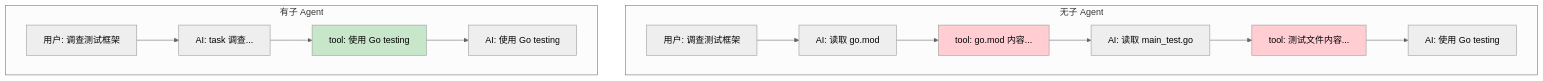
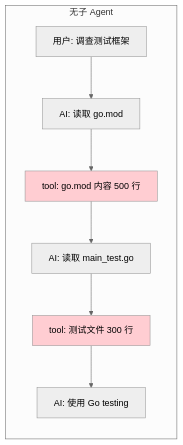
The second of 13 diagrams in docs/source-analysis/04-subagent.md (friendlyhank/copilot), drawn with Mermaid (neutral theme) before and after one commit. The commit also changed other lines of this file and 4 other files, not shown here.

````diff
--- a/docs/source-analysis/04-subagent.md
+++ b/docs/source-analysis/04-subagent.md
@@ -433,24 +37,16 @@
 ```mermaid
-graph TB
+graph LR
     subgraph "无子 Agent"
         A1[用户: 调查测试框架]
         A2[AI: 读取 go.mod]
-        A3[tool: go.mod 内容...]
+        A3[tool: go.mod 内容 500 行]
         A4[AI: 读取 main_test.go]
-        A5[tool: 测试文件内容...]
+        A5[tool: 测试文件 300 行]
         A6[AI: 使用 Go testing]
+        
         A1 --> A2 --> A3 --> A4 --> A5 --> A6
-    end
-    
-    subgraph "有子 Agent"
-        B1[用户: 调查测试框架]
-        B2[AI: task 调查...]
-        B3[tool: 使用 Go testing]
-        B4[AI: 使用 Go testing]
-        B1 --> B2 --> B3 --> B4
     end
     
     style A3 fill:#ffcdd2
     style A5 fill:#ffcdd2
-    style B3 fill:#c8e6c9
 ```
````
